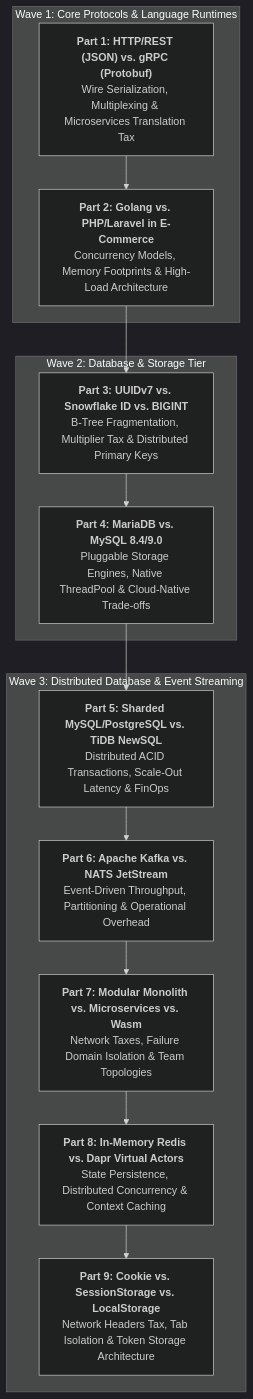
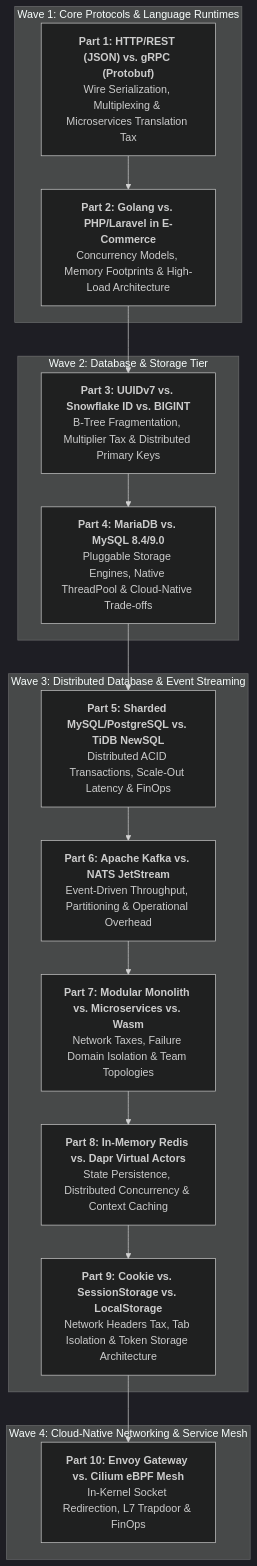
Before and after one commit to vesviet/vesviet: the diagram in content/series/architectural-tradeoffs-showdowns/_index.md, drawn with Mermaid (dark theme). The commit also changed other lines of this file and 11 other files, not shown here.

Commit message:
feat(series): publish Part 10 Envoy vs Cilium, add hreflang & Cloudflare Edge redirect map

````diff
--- a/content/series/architectural-tradeoffs-showdowns/_index.md
+++ b/content/series/architectural-tradeoffs-showdowns/_index.md
@@ -37,20 +37,23 @@
 ```mermaid
 flowchart TD
     subgraph Wave1 ["Wave 1: Core Protocols & Language Runtimes"]
         P1["<b>Part 1: HTTP/REST (JSON) vs. gRPC (Protobuf)</b><br/>Wire Serialization, Multiplexing & Microservices Translation Tax"]
         P2["<b>Part 2: Golang vs. PHP/Laravel in E-Commerce</b><br/>Concurrency Models, Memory Footprints & High-Load Architecture"]
     end
     subgraph Wave2 ["Wave 2: Database & Storage Tier"]
         P3["<b>Part 3: UUIDv7 vs. Snowflake ID vs. BIGINT</b><br/>B-Tree Fragmentation, Multiplier Tax & Distributed Primary Keys"]
         P4["<b>Part 4: MariaDB vs. MySQL 8.4/9.0</b><br/>Pluggable Storage Engines, Native ThreadPool & Cloud-Native Trade-offs"]
     end
     subgraph Wave3 ["Wave 3: Distributed Database & Event Streaming"]
         P5["<b>Part 5: Sharded MySQL/PostgreSQL vs. TiDB NewSQL</b><br/>Distributed ACID Transactions, Scale-Out Latency & FinOps"]
         P6["<b>Part 6: Apache Kafka vs. NATS JetStream</b><br/>Event-Driven Throughput, Partitioning & Operational Overhead"]
         P7["<b>Part 7: Modular Monolith vs. Microservices vs. Wasm</b><br/>Network Taxes, Failure Domain Isolation & Team Topologies"]
         P8["<b>Part 8: In-Memory Redis vs. Dapr Virtual Actors</b><br/>State Persistence, Distributed Concurrency & Context Caching"]
         P9["<b>Part 9: Cookie vs. SessionStorage vs. LocalStorage</b><br/>Network Headers Tax, Tab Isolation & Token Storage Architecture"]
     end
+    subgraph Wave4 ["Wave 4: Cloud-Native Networking & Service Mesh"]
+        P10["<b>Part 10: Envoy Gateway vs. Cilium eBPF Mesh</b><br/>In-Kernel Socket Redirection, L7 Trapdoor & FinOps"]
+    end
 
-    P1 --> P2 --> P3 --> P4 --> P5 --> P6 --> P7 --> P8 --> P9
+    P1 --> P2 --> P3 --> P4 --> P5 --> P6 --> P7 --> P8 --> P9 --> P10
 ```
````
